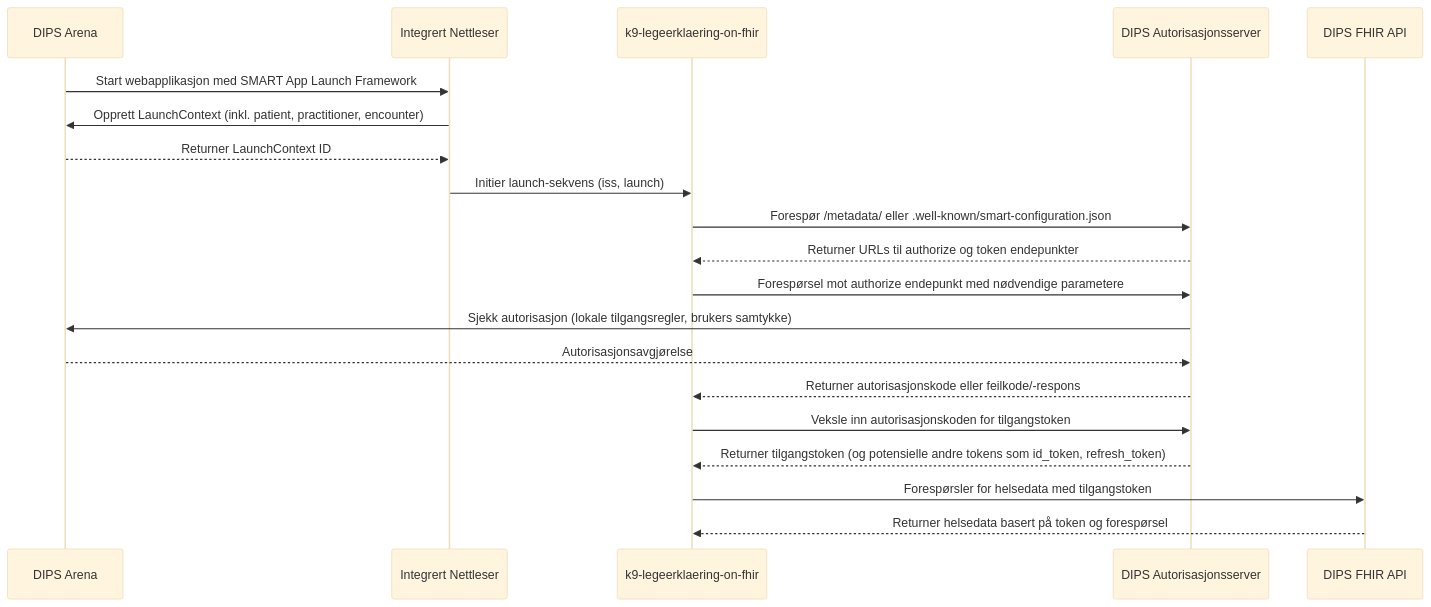
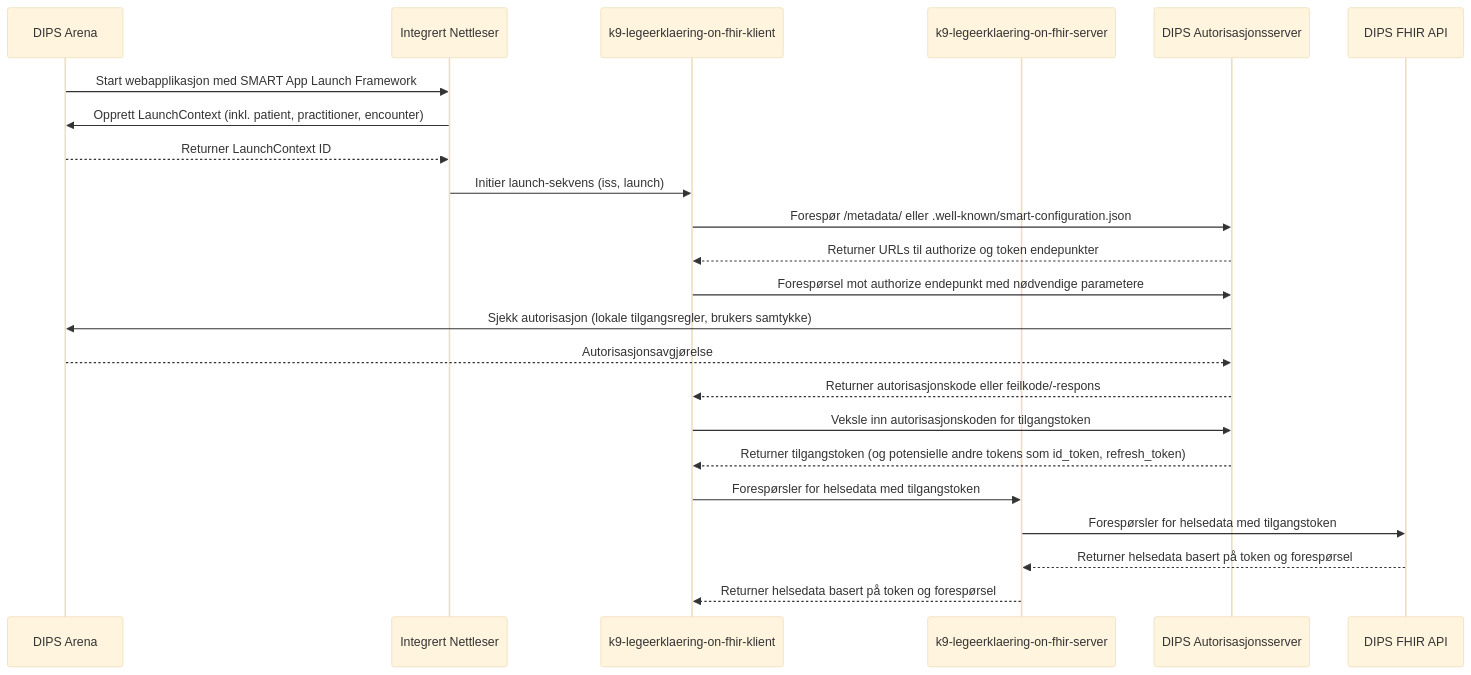
One commit to navikt/k9-legeerklaering-on-fihr changed the diagram in README.md. Above: the diagram before and after it, drawn with Mermaid (base theme).

Commit message:
Oppdaterer kallsekvens

````diff
--- a/README.md
+++ b/README.md
@@ -63,23 +63,26 @@
 ```mermaid
 sequenceDiagram
     participant EPJ as DIPS Arena
     participant Browser as Integrert Nettleser
-    participant App as k9-legeerklaering-on-fhir
+    participant App as k9-legeerklaering-on-fhir-klient
+    participant App-Backend as k9-legeerklaering-on-fhir-server
     participant AuthServer as DIPS Autorisasjonsserver
     participant FHIR as DIPS FHIR API
 
     EPJ->>Browser: Start webapplikasjon med SMART App Launch Framework
     Browser->>EPJ: Opprett LaunchContext (inkl. patient, practitioner, encounter)
     EPJ-->>Browser: Returner LaunchContext ID
     Browser->>App: Initier launch-sekvens (iss, launch)
     App->>AuthServer: Forespør /metadata/ eller .well-known/smart-configuration.json
     AuthServer-->>App: Returner URLs til authorize og token endepunkter
     App->>AuthServer: Forespørsel mot authorize endepunkt med nødvendige parametere
     AuthServer->>EPJ: Sjekk autorisasjon (lokale tilgangsregler, brukers samtykke)
     EPJ-->>AuthServer: Autorisasjonsavgjørelse
     AuthServer-->>App: Returner autorisasjonskode eller feilkode/-respons
     App->>AuthServer: Veksle inn autorisasjonskoden for tilgangstoken
     AuthServer-->>App: Returner tilgangstoken (og potensielle andre tokens som id_token, refresh_token)
-    App->>FHIR: Forespørsler for helsedata med tilgangstoken
-    FHIR-->>App: Returner helsedata basert på token og forespørsel
+    App->>App-Backend: Forespørsler for helsedata med tilgangstoken
+    App-Backend->>FHIR: Forespørsler for helsedata med tilgangstoken
+    FHIR-->>App-Backend: Returner helsedata basert på token og forespørsel
+    App-Backend-->>App: Returner helsedata basert på token og forespørsel
 ```
````
